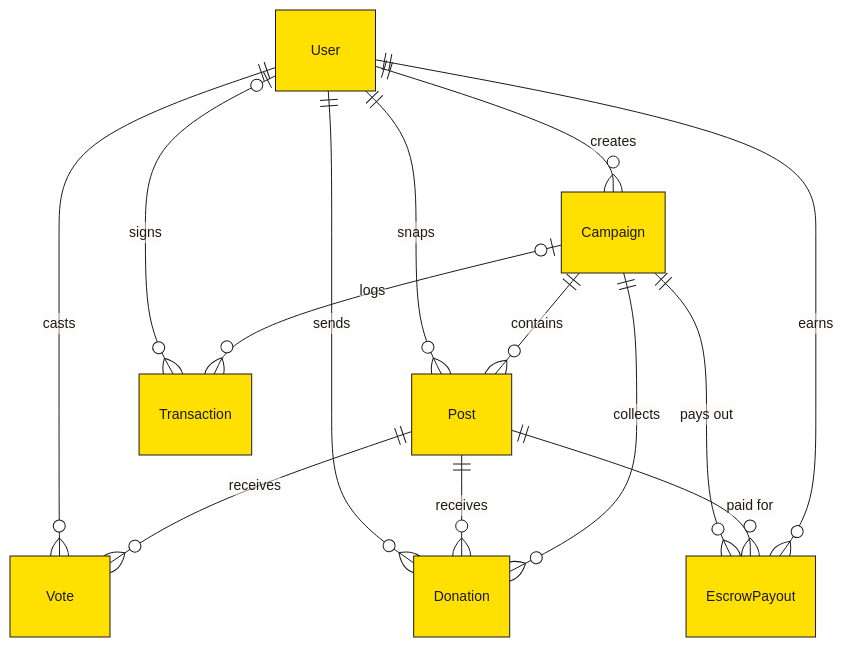
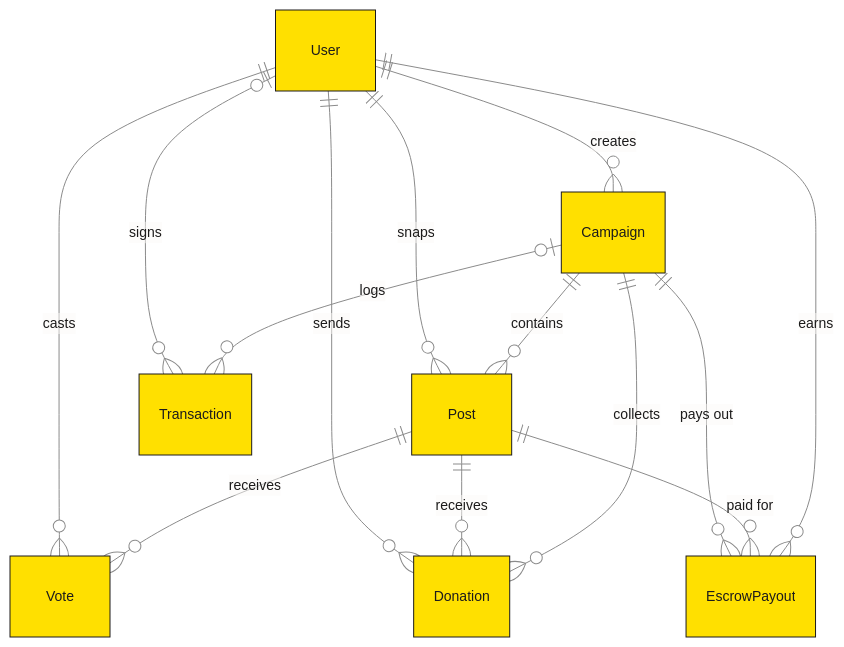
Before and after one commit to sewunodetech/instant-fe: the fourth of 4 diagrams in README.md, drawn with Mermaid. The commit also changed other lines of this file, not shown here.

Commit message:
fix: update mermaid diagram colors for improved visibility and consistency

````diff
--- a/README.md
+++ b/README.md
@@ -149,17 +149,17 @@
 ```mermaid
-%%{init: {'theme':'base', 'themeVariables': {'fontSize':'14px', 'primaryColor':'#ffe000', 'primaryBorderColor':'#1c1b1b', 'primaryTextColor':'#1c1b1b', 'lineColor':'#1c1b1b', 'tertiaryColor':'#fcf9f8'}}}%%
+%%{init: {'theme':'base', 'themeVariables': {'fontSize':'14px', 'primaryColor':'#ffe000', 'primaryBorderColor':'#1c1b1b', 'primaryTextColor':'#1c1b1b', 'lineColor':'#8b8b8b', 'tertiaryColor':'#fcf9f8', 'relationLabelBackground':'#ffffff', 'relationLabelColor':'#1c1b1b'}}}%%
 erDiagram
     User ||--o{ Campaign : creates
     User ||--o{ Post : snaps
     User ||--o{ Vote : casts
     User ||--o{ Donation : sends
     Campaign ||--o{ Post : contains
     Campaign ||--o{ EscrowPayout : "pays out"
     Post ||--o{ Vote : receives
     Post ||--o{ Donation : receives
     Campaign ||--o{ Donation : collects
     Post ||--o{ EscrowPayout : "paid for"
     User ||--o{ EscrowPayout : earns
     User |o--o{ Transaction : signs
     Campaign |o--o{ Transaction : logs
 ```
````
